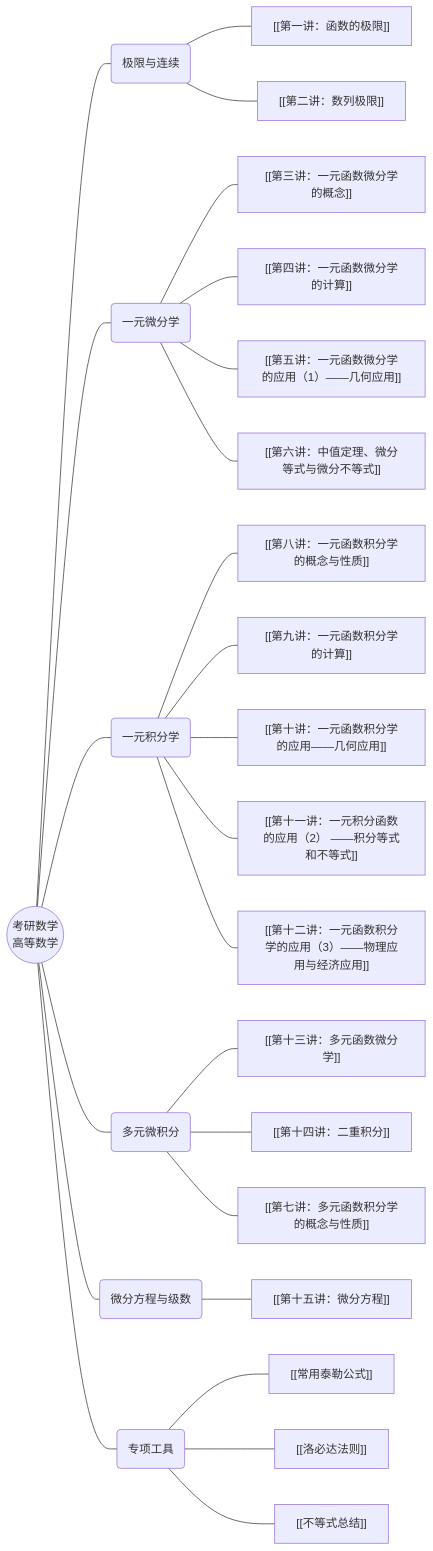
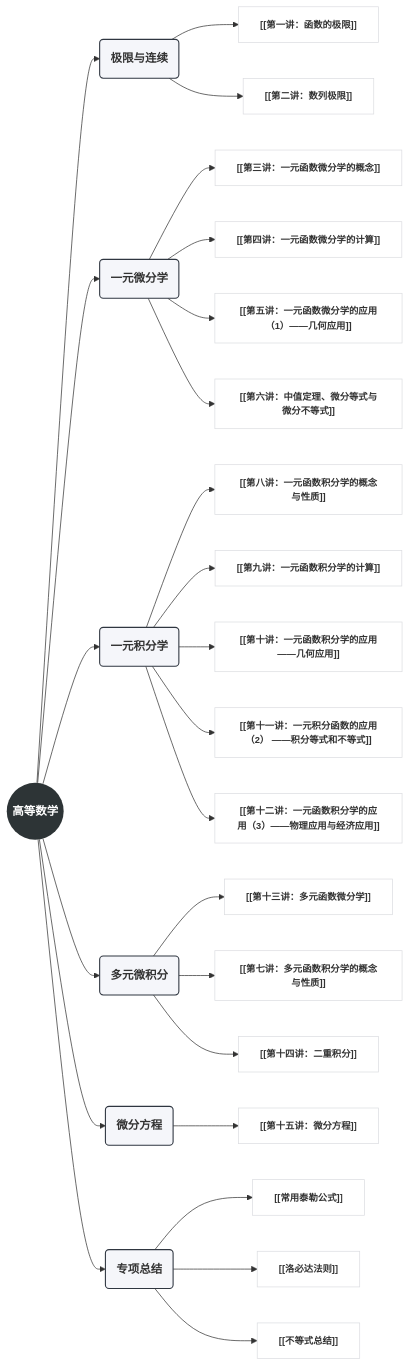
Before and after one commit to ChenJiandong9/note: the diagram in 高数/知识脉络图.md, drawn with Mermaid. The commit also changed other lines of this file and 5 other files, not shown here.

````diff
--- a/高数/知识脉络图.md
+++ b/高数/知识脉络图.md
@@ -12,34 +14,50 @@
 ```mermaid
 graph LR
-  Root((考研数学<br/>高等数学))
-  
-  Root --- A(极限与连续)
-  A --- A1["[[第一讲：函数的极限]]"]
-  A --- A2["[[第二讲：数列极限]]"]
-  
-  Root --- B(一元微分学)
-  B --- B1["[[第三讲：一元函数微分学的概念]]"]
-  B --- B2["[[第四讲：一元函数微分学的计算]]"]
-  B --- B3["[[第五讲：一元函数微分学的应用（1）——几何应用]]"]
-  B --- B4["[[第六讲：中值定理、微分等式与微分不等式]]"]
-  
-  Root --- C(一元积分学)
-  C --- C1["[[第八讲：一元函数积分学的概念与性质]]"]
-  C --- C2["[[第九讲：一元函数积分学的计算]]"]
-  C --- C3["[[第十讲：一元函数积分学的应用——几何应用]]"]
-  C --- C4["[[第十一讲：一元积分函数的应用（2） ——积分等式和不等式]]"]
-  C --- C5["[[第十二讲：一元函数积分学的应用（3）——物理应用与经济应用]]"]
-  
-  Root --- D(多元微积分)
-  D --- D1["[[第十三讲：多元函数微分学]]"]
-  D --- D2["[[第十四讲：二重积分]]"]
-  D --- D3["[[第七讲：多元函数积分学的概念与性质]]"]
-  
-  Root --- E(微分方程与级数)
-  E --- E1["[[第十五讲：微分方程]]"]
-  
-  Root --- F(专项工具)
-  F --- F1["[[常用泰勒公式]]"]
-  F --- F2["[[洛必达法则]]"]
-  F --- F3["[[不等式总结]]"]
+    %% 样式定义：追求简约、平衡、高级感
+    classDef default fill:#ffffff,stroke:#333333,stroke-width:1px,color:#333333,font-family:Arial;
+    classDef root fill:#2d3436,color:#ffffff,stroke-width:0px,font-weight:bold,font-size:16px;
+    classDef branch fill:#f5f6fa,stroke:#2f3640,stroke-width:1.5px,font-weight:bold;
+    classDef leaf fill:#ffffff,stroke:#dcdde1,stroke-width:1px,font-size:13px;
+
+    %% 核心节点
+    Root((高等数学)):::root
+
+    %% 第一分支：极限与连续
+    Root --> A(极限与连续):::branch
+    A --> A1["[[第一讲：函数的极限]]"]:::leaf
+    A --> A2["[[第二讲：数列极限]]"]:::leaf
+
+    %% 第二分支：一元微分学
+    Root --> B(一元微分学):::branch
+    B --> B1["[[第三讲：一元函数微分学的概念]]"]:::leaf
+    B --> B2["[[第四讲：一元函数微分学的计算]]"]:::leaf
+    B --> B3["[[第五讲：一元函数微分学的应用（1）——几何应用]]"]:::leaf
+    B --> B4["[[第六讲：中值定理、微分等式与微分不等式]]"]:::leaf
+
+    %% 第三分支：一元积分学
+    Root --> C(一元积分学):::branch
+    C --> C1["[[第八讲：一元函数积分学的概念与性质]]"]:::leaf
+    C --> C2["[[第九讲：一元函数积分学的计算]]"]:::leaf
+    C --> C3["[[第十讲：一元函数积分学的应用——几何应用]]"]:::leaf
+    C --> C4["[[第十一讲：一元积分函数的应用（2） ——积分等式和不等式]]"]:::leaf
+    C --> C5["[[第十二讲：一元函数积分学的应用（3）——物理应用与经济应用]]"]:::leaf
+
+    %% 第四分支：多元微积分
+    Root --> D(多元微积分):::branch
+    D --> D1["[[第十三讲：多元函数微分学]]"]:::leaf
+    D --> D2["[[第七讲：多元函数积分学的概念与性质]]"]:::leaf
+    D --> D3["[[第十四讲：二重积分]]"]:::leaf
+
+    %% 第五分支：微分方程
+    Root --> E(微分方程):::branch
+    E --> E1["[[第十五讲：微分方程]]"]:::leaf
+
+    %% 第六分支：专项总结（工具箱）
+    Root --> F(专项总结):::branch
+    F --> F1["[[常用泰勒公式]]"]:::leaf
+    F --> F2["[[洛必达法则]]"]:::leaf
+    F --> F3["[[不等式总结]]"]:::leaf
+
+    %% 布局优化：通过隐形链接调整垂直平衡（可选，视具体渲染引擎而定）
+    %% A ~~~ B ~~~ C ~~~ D ~~~ E ~~~ F
 ```
````
